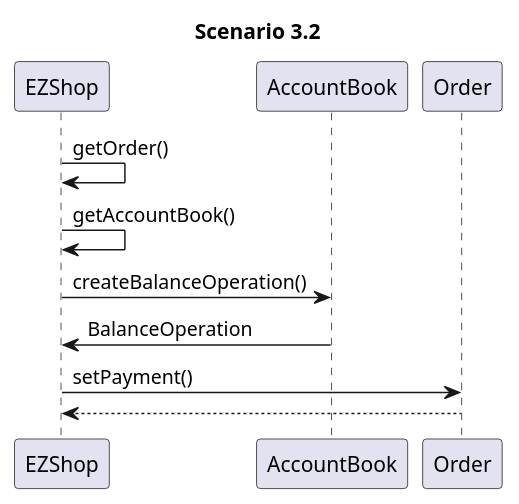
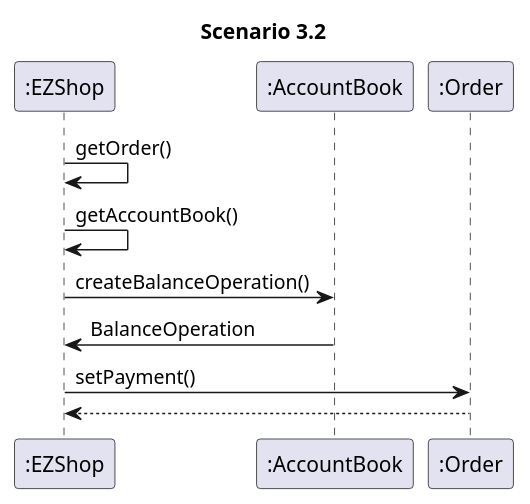
The sixth of 10 diagrams in Deliverables/DesignDocument.md (marco-ballario/EzShop), drawn with PlantUML before and after one commit. The commit also changed other lines of this file, not shown here.

````diff
--- a/Deliverables/DesignDocument.md
+++ b/Deliverables/DesignDocument.md
@@ -300,9 +300,9 @@
 ```plantuml
 title Scenario 3.2
-EZShop -> EZShop: getOrder()
-EZShop -> EZShop: getAccountBook()
-EZShop -> AccountBook: createBalanceOperation()
-AccountBook -> EZShop: BalanceOperation
-EZShop -> Order: setPayment()
-Order --> EZShop
+":EZShop" -> ":EZShop": getOrder()
+":EZShop" -> ":EZShop": getAccountBook()
+":EZShop" -> ":AccountBook": createBalanceOperation()
+":AccountBook" -> ":EZShop": BalanceOperation
+":EZShop" -> ":Order": setPayment()
+":Order" --> ":EZShop"
 ```
````
